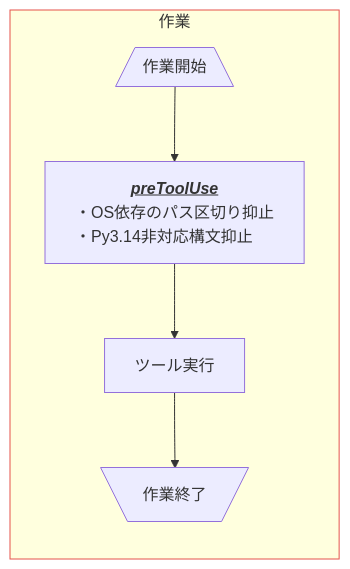
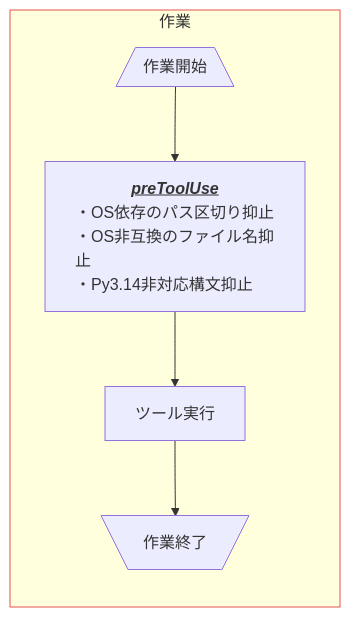
Before and after one commit to Widthdom/GHCAgentRefinement: the diagram in .github/-repo-README.md, drawn with Mermaid. The commit also changed other lines of this file and 4 other files, not shown here.

````diff
--- a/.github/-repo-README.md
+++ b/.github/-repo-README.md
@@ -15,18 +15,18 @@
 ```mermaid
 flowchart LR
 
     LoopStart[/作業開始\]
 
-    preToolUse["<b><i><u>preToolUse</u></i></b><br/><div style='text-align: left'>・OS依存のパス区切り抑止<br/>・Py3.14非対応構文抑止</div>"]
+    preToolUse["<b><i><u>preToolUse</u></i></b><br/><div style='text-align: left'>・OS依存のパス区切り抑止<br/>・OS非互換のファイル名抑止<br/>・Py3.14非対応構文抑止</div>"]
 
     runTool["ツール実行"]
 
     LoopEnd[\作業終了/]
 
     subgraph workDetail["作業"]
         direction TB
         LoopStart --> preToolUse --> runTool --> LoopEnd
     end
 
     style workDetail stroke:#e5534b
 ```
````
